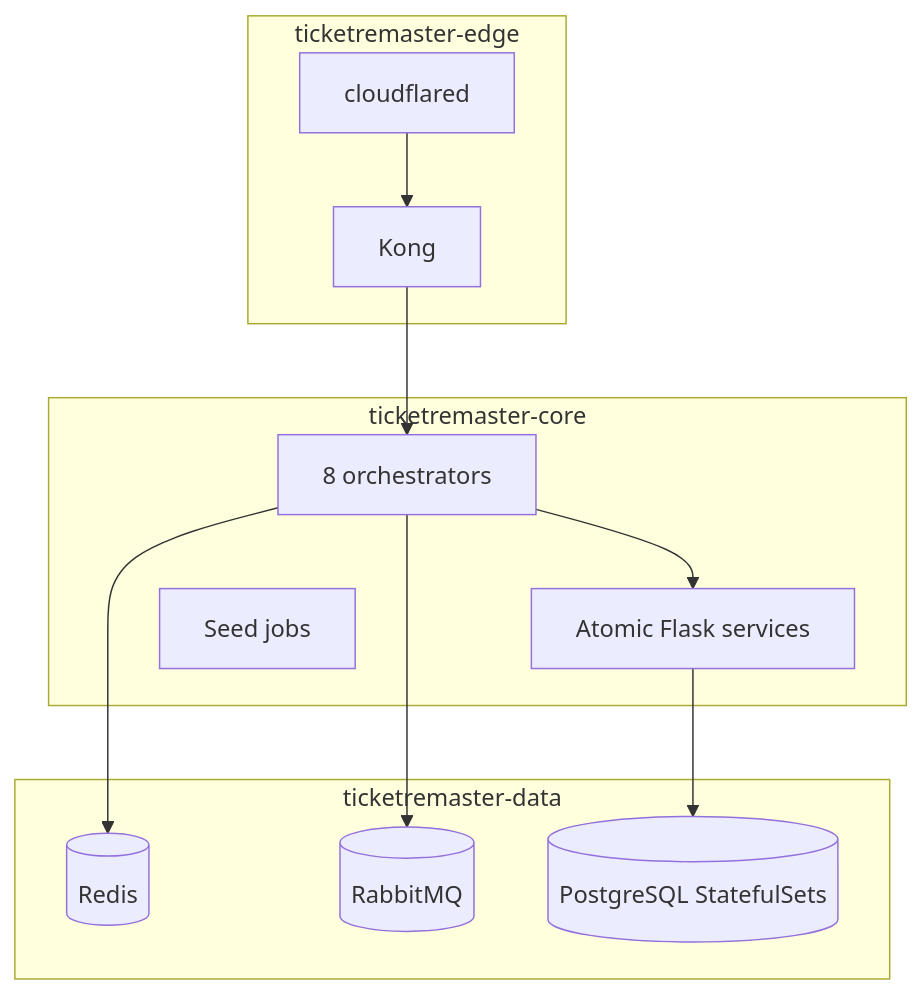
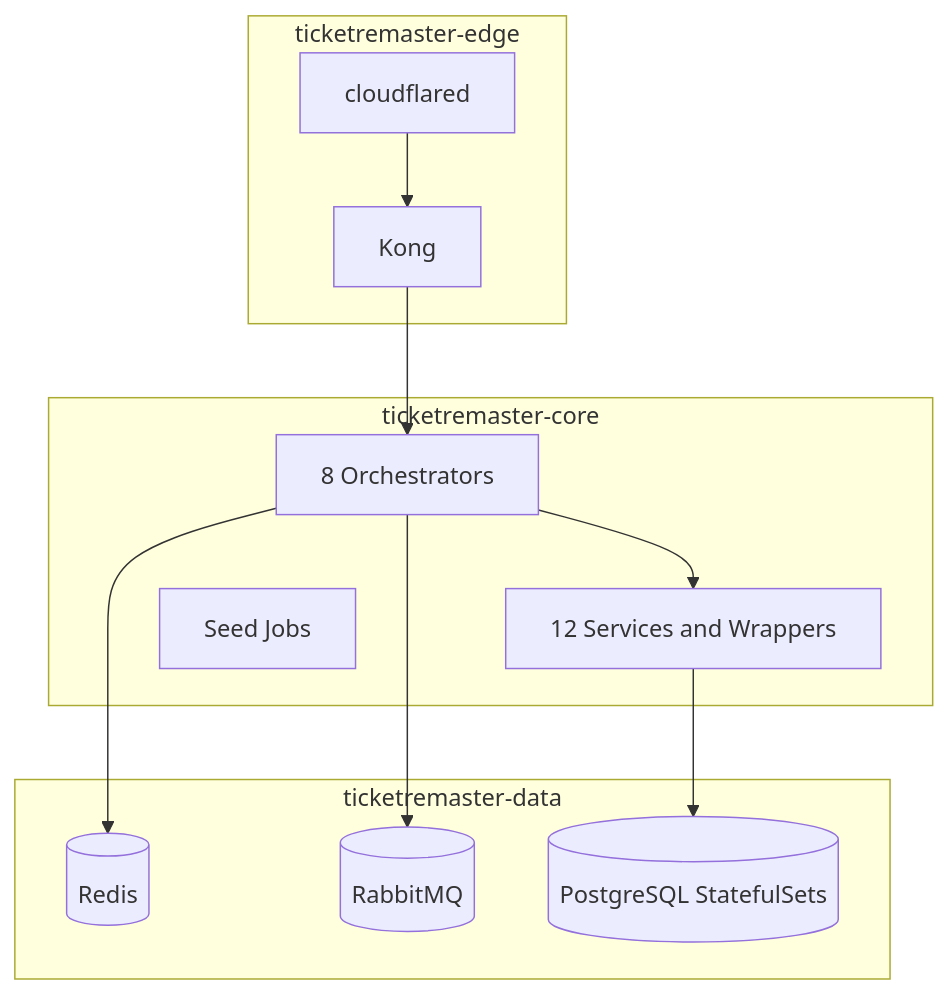
One commit to bryanseah234/ticketremaster-b changed the second of 2 diagrams in PRD.md. Above: the diagram before and after it, drawn with Mermaid. The commit also changed other lines of this file and 18 other files, not shown here.

````diff
--- a/PRD.md
+++ b/PRD.md
@@ -40,26 +126,26 @@
 ```mermaid
 flowchart TB
     subgraph Edge[ticketremaster-edge]
-        Cloudflared[cloudflared]
+        Tunnel[cloudflared]
         Kong[Kong]
     end
 
     subgraph Core[ticketremaster-core]
-        Orchestrators[8 orchestrators]
-        Atomic[Atomic Flask services]
-        Seeds[Seed jobs]
+        Orch[8 Orchestrators]
+        Services[12 Services and Wrappers]
+        Jobs[Seed Jobs]
     end
 
     subgraph Data[ticketremaster-data]
-        Redis2[(Redis)]
-        Rabbit2[(RabbitMQ)]
-        Postgres[(PostgreSQL StatefulSets)]
+        Redis[(Redis)]
+        Rabbit[(RabbitMQ)]
+        PG[(PostgreSQL StatefulSets)]
     end
 
-    Cloudflared --> Kong
-    Kong --> Orchestrators
-    Orchestrators --> Atomic
-    Orchestrators --> Redis2
-    Orchestrators --> Rabbit2
-    Atomic --> Postgres
+    Tunnel --> Kong
+    Kong --> Orch
+    Orch --> Services
+    Orch --> Redis
+    Orch --> Rabbit
+    Services --> PG
 ```
````
